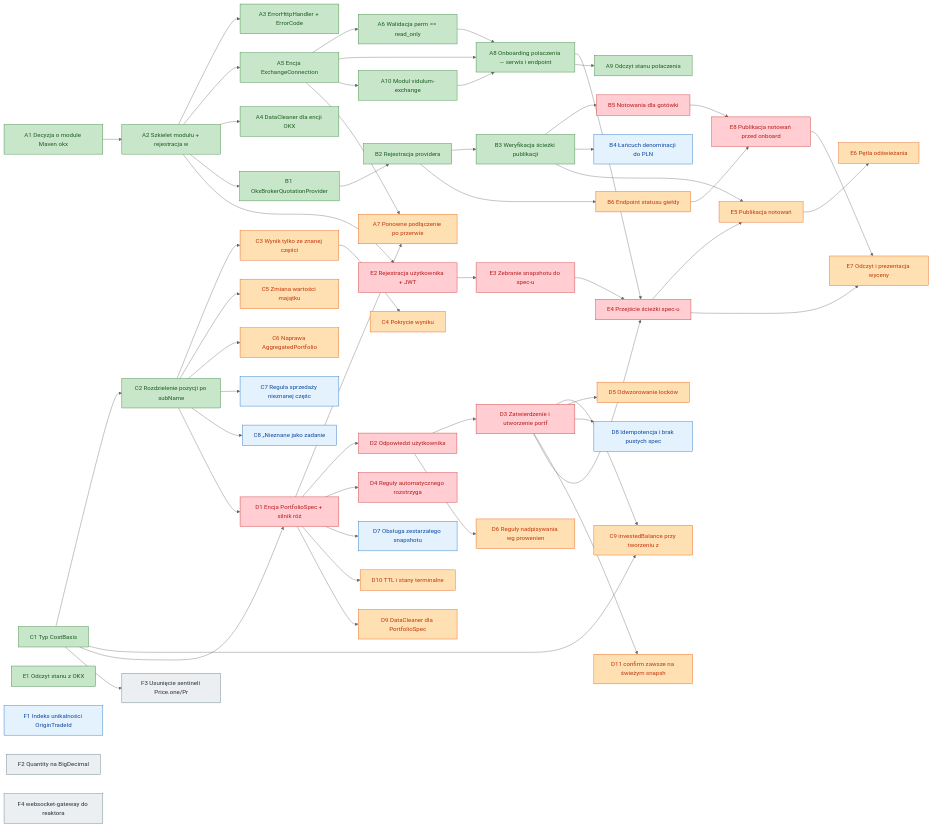
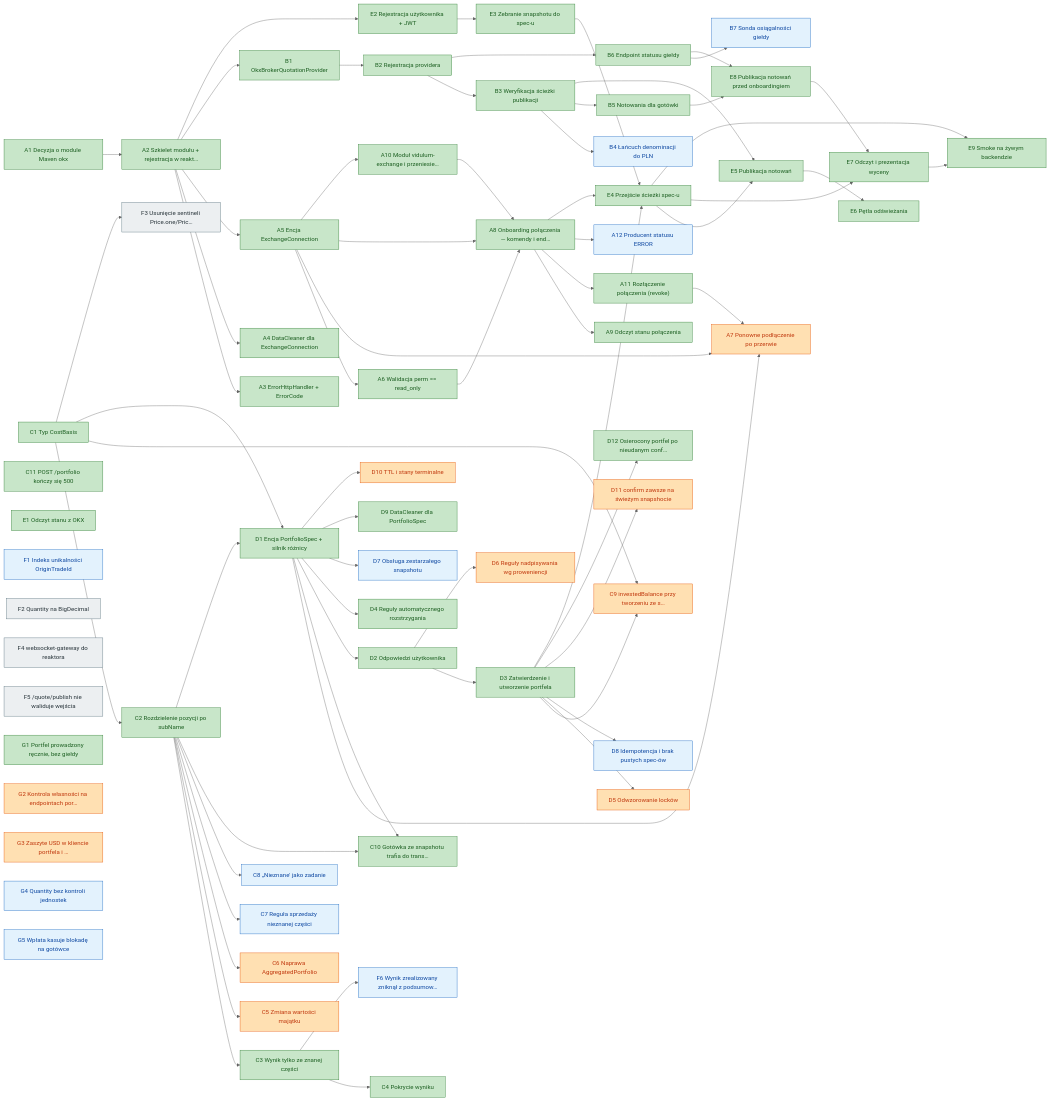
One commit to lu92/vidulum changed the diagram in docs/features-backlog/2026-09-18-okx-tasks.md. Above: the diagram before and after it, drawn with Mermaid (neutral theme). The commit also changed other lines of this file and 14 other files, not shown here.

Commit message:
VID-180: Let a portfolio be kept by hand, without an exchange behind it (#179)

````diff
--- a/docs/features-backlog/2026-09-18-okx-tasks.md
+++ b/docs/features-backlog/2026-09-18-okx-tasks.md
@@ -167,82 +180,101 @@
     classDef done fill:#C8E6C9,stroke:#2E7D32,color:#1B5E20
 
     A1["A1 Decyzja o module Maven okx"]:::done
-    A2["A2 Szkielet modułu + rejestracja w "]:::done
+    A2["A2 Szkielet modułu + rejestracja w reakt…"]:::done
     A3["A3 ErrorHttpHandler + ErrorCode"]:::done
+    A4["A4 DataCleaner dla ExchangeConnection"]:::done
     A5["A5 Encja ExchangeConnection"]:::done
     A6["A6 Walidacja perm == read_only"]:::done
-    A10["A10 Modul vidulum-exchange"]:::done
-    A8["A8 Onboarding polaczenia — serwis i endpoint"]:::done
-    A9["A9 Odczyt stanu polaczenia"]:::done
-    A4["A4 DataCleaner dla encji OKX"]:::done
     A7["A7 Ponowne podłączenie po przerwie"]:::p1
+    A8["A8 Onboarding połączenia — komendy i end…"]:::done
+    A9["A9 Odczyt stanu połączenia"]:::done
+    A10["A10 Moduł vidulum-exchange i przeniesie…"]:::done
+    A11["A11 Rozłączenie połączenia (revoke)"]:::done
+    A12["A12 Producent statusu ERROR"]:::p2
     B1["B1 OkxBrokerQuotationProvider"]:::done
     B2["B2 Rejestracja providera"]:::done
     B3["B3 Weryfikacja ścieżki publikacji"]:::done
-    B5["B5 Notowania dla gotówki"]:::p0
-    B6["B6 Endpoint statusu giełdy"]:::p1
     B4["B4 Łańcuch denominacji do PLN"]:::p2
+    B5["B5 Notowania dla gotówki"]:::done
+    B6["B6 Endpoint statusu giełdy"]:::done
+    B7["B7 Sonda osiągalności giełdy"]:::p2
     C1["C1 Typ CostBasis"]:::done
     C2["C2 Rozdzielenie pozycji po subName"]:::done
-    C3["C3 Wynik tylko ze znanej części"]:::p1
-    C4["C4 Pokrycie wyniku"]:::p1
+    C3["C3 Wynik tylko ze znanej części"]:::done
+    C4["C4 Pokrycie wyniku"]:::done
     C5["C5 Zmiana wartości majątku"]:::p1
     C6["C6 Naprawa AggregatedPortfolio"]:::p1
-    C7["C7 Reguła sprzedaży nieznanej częśc"]:::p2
-    C9["C9 investedBalance przy tworzeniu z"]:::p1
-    C8["C8 „Nieznane jako zadanie"]:::p2
-    D1["D1 Encja PortfolioSpec + silnik róż"]:::p0
-    D2["D2 Odpowiedzi użytkownika"]:::p0
-    D3["D3 Zatwierdzenie i utworzenie portf"]:::p0
-    D4["D4 Reguły automatycznego rozstrzyga"]:::p0
+    C7["C7 Reguła sprzedaży nieznanej części"]:::p2
+    C8["C8 „Nieznane' jako zadanie"]:::p2
+    C9["C9 investedBalance przy tworzeniu ze s…"]:::p1
+    C10["C10 Gotówka ze snapshotu trafia do trans…"]:::done
+    C11["C11 POST /portfolio kończy się 500"]:::done
+    D1["D1 Encja PortfolioSpec + silnik różnicy"]:::done
+    D2["D2 Odpowiedzi użytkownika"]:::done
+    D3["D3 Zatwierdzenie i utworzenie portfela"]:::done
+    D4["D4 Reguły automatycznego rozstrzygania"]:::done
     D5["D5 Odwzorowanie locków"]:::p1
-    D6["D6 Reguły nadpisywania wg prowenien"]:::p1
+    D6["D6 Reguły nadpisywania wg proweniencji"]:::p1
     D7["D7 Obsługa zestarzałego snapshotu"]:::p2
-    D8["D8 Idempotencja i brak pustych spec"]:::p2
+    D8["D8 Idempotencja i brak pustych spec-ów"]:::p2
+    D9["D9 DataCleaner dla PortfolioSpec"]:::done
     D10["D10 TTL i stany terminalne"]:::p1
-    D11["D11 confirm zawsze na świeżym snapsh"]:::p1
-    D9["D9 DataCleaner dla PortfolioSpec"]:::p1
+    D11["D11 confirm zawsze na świeżym snapshocie"]:::p1
+    D12["D12 Osierocony portfel po nieudanym conf…"]:::done
     E1["E1 Odczyt stanu z OKX"]:::done
-    E2["E2 Rejestracja użytkownika + JWT"]:::p0
-    E3["E3 Zebranie snapshotu do spec-u"]:::p0
-    E8["E8 Publikacja notowań przed onboard"]:::p0
-    E4["E4 Przejście ścieżki spec-u"]:::p0
-    E5["E5 Publikacja notowań"]:::p1
-    E6["E6 Pętla odświeżania"]:::p1
-    E7["E7 Odczyt i prezentacja wyceny"]:::p1
+    E2["E2 Rejestracja użytkownika + JWT"]:::done
+    E3["E3 Zebranie snapshotu do spec-u"]:::done
+    E4["E4 Przejście ścieżki spec-u"]:::done
+    E5["E5 Publikacja notowań"]:::done
+    E6["E6 Pętla odświeżania"]:::done
+    E7["E7 Odczyt i prezentacja wyceny"]:::done
+    E8["E8 Publikacja notowań przed onboardingiem"]:::done
+    E9["E9 Smoke na żywym backendzie"]:::done
     F1["F1 Indeks unikalności OriginTradeId"]:::p2
     F2["F2 Quantity na BigDecimal"]:::p3
-    F3["F3 Usunięcie sentineli Price.one/Pr"]:::p3
+    F3["F3 Usunięcie sentineli Price.one/Pric…"]:::p3
     F4["F4 websocket-gateway do reaktora"]:::p3
+    F5["F5 /quote/publish nie waliduje wejścia"]:::p3
+    F6["F6 Wynik zrealizowany zniknął z podsumow…"]:::p2
+    G1["G1 Portfel prowadzony ręcznie, bez giełdy"]:::done
+    G2["G2 Kontrola własności na endpointach por…"]:::p1
+    G3["G3 Zaszyte USD w kliencie portfela i …"]:::p1
+    G4["G4 Quantity bez kontroli jednostek"]:::p2
+    G5["G5 Wpłata kasuje blokadę na gotówce"]:::p2
 
     A1 --> A2
     A2 --> A3
+    A2 --> A4
     A2 --> A5
     A5 --> A6
+    A5 --> A7
+    A11 --> A7
+    D1 --> A7
     A5 --> A8
+    A6 --> A8
+    A10 --> A8
+    A8 --> A9
     A5 --> A10
-    A10 --> A8
-    A6 --> A8
-    A8 --> E4
-    A8 --> A9
-    A2 --> A4
-    A5 --> A7
-    D1 --> A7
+    A8 --> A11
+    A8 --> A12
     A2 --> B1
     B1 --> B2
     B2 --> B3
+    B3 --> B4
     B3 --> B5
     B2 --> B6
-    B3 --> B4
+    B6 --> B7
     C1 --> C2
     C2 --> C3
     C3 --> C4
     C2 --> C5
     C2 --> C6
     C2 --> C7
+    C2 --> C8
     C1 --> C9
     D3 --> C9
-    C2 --> C8
+    C2 --> C10
+    D1 --> C10
     C1 --> D1
     C2 --> D1
     D1 --> D2
@@ -252,13 +284,13 @@
     D2 --> D6
     D1 --> D7
     D3 --> D8
+    D1 --> D9
     D1 --> D10
     D3 --> D11
-    D1 --> D9
+    D3 --> D12
     A2 --> E2
     E2 --> E3
-    B5 --> E8
-    B6 --> E8
+    A8 --> E4
     D3 --> E4
     E3 --> E4
     B3 --> E5
@@ -266,5 +298,10 @@
     E5 --> E6
     E4 --> E7
     E8 --> E7
+    B5 --> E8
+    B6 --> E8
+    E4 --> E9
+    E7 --> E9
     C1 --> F3
+    C3 --> F6
 ```
````
